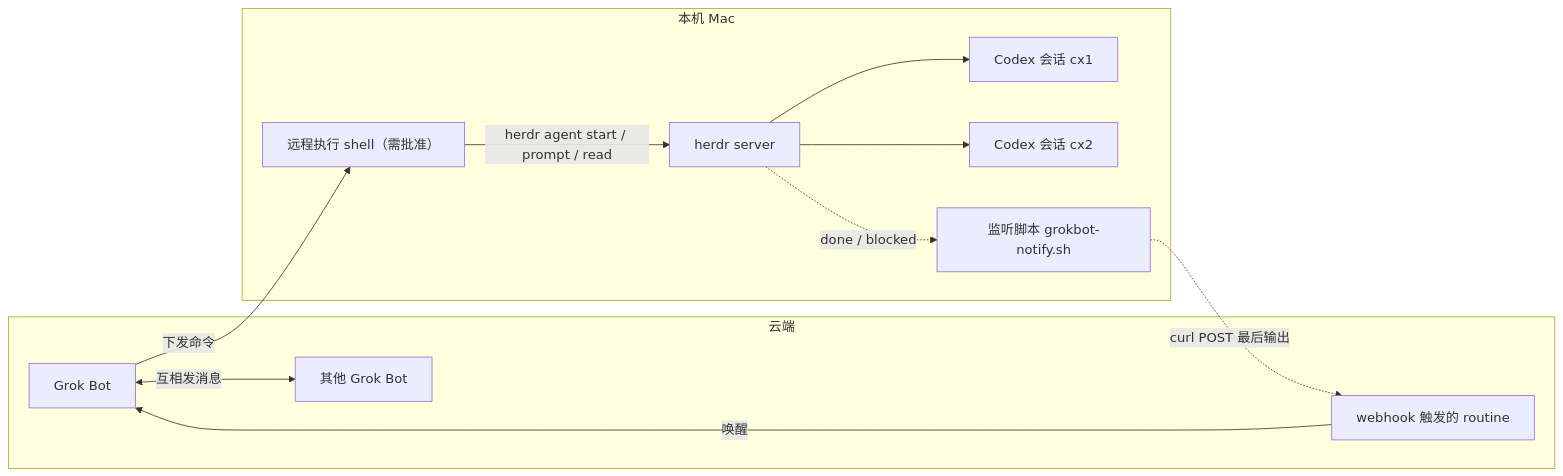
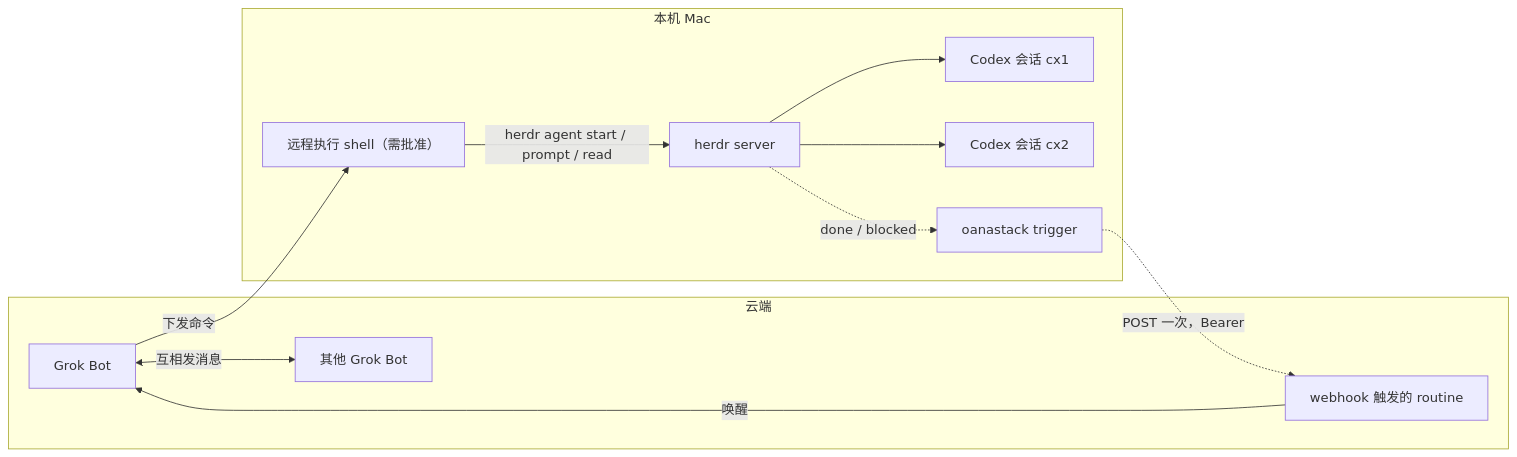
The diagram in skills/herdr-grokbot/SKILL.md (Oanakiaja/oanastack), drawn with Mermaid before and after one commit. The commit also changed other lines of this file and 41 other files, not shown here.

First line of the commit message:
feat: add oanastack trigger for herdr done/blocked webhooks

````diff
--- a/skills/herdr-grokbot/SKILL.md
+++ b/skills/herdr-grokbot/SKILL.md
@@ -18,23 +18,23 @@
 ```mermaid
 flowchart LR
   subgraph Cloud["云端"]
     GB["Grok Bot"]
     WH["webhook 触发的 routine"]
     GB2["其他 Grok Bot"]
     GB <-->|互相发消息| GB2
     WH -->|唤醒| GB
   end
   subgraph Mac["本机 Mac"]
     SH["远程执行 shell（需批准）"]
     HS["herdr server"]
     CX1["Codex 会话 cx1"]
     CX2["Codex 会话 cx2"]
-    W["监听脚本 grokbot-notify.sh"]
+    TR["oanastack trigger"]
     SH -->|herdr agent start / prompt / read| HS
     HS --> CX1
     HS --> CX2
-    HS -.->|done / blocked| W
+    HS -.->|done / blocked| TR
   end
   GB -->|下发命令| SH
-  W -.->|curl POST 最后输出| WH
+  TR -.->|POST 一次，Bearer| WH
 ```
````
